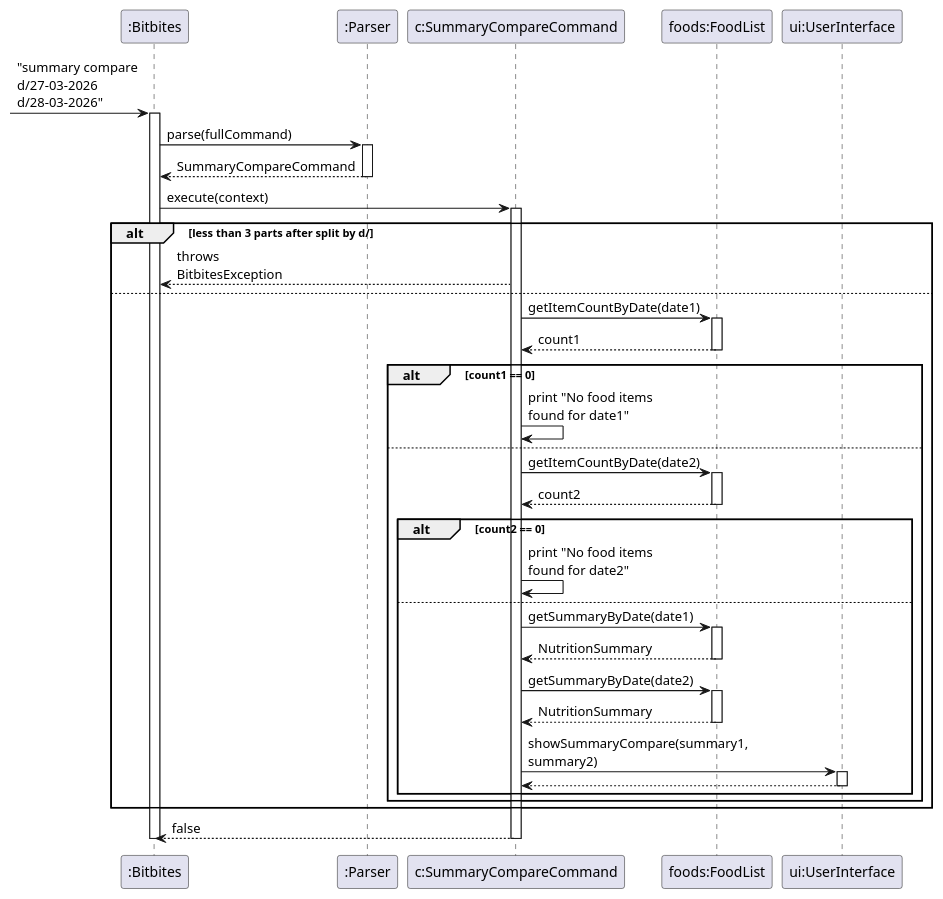
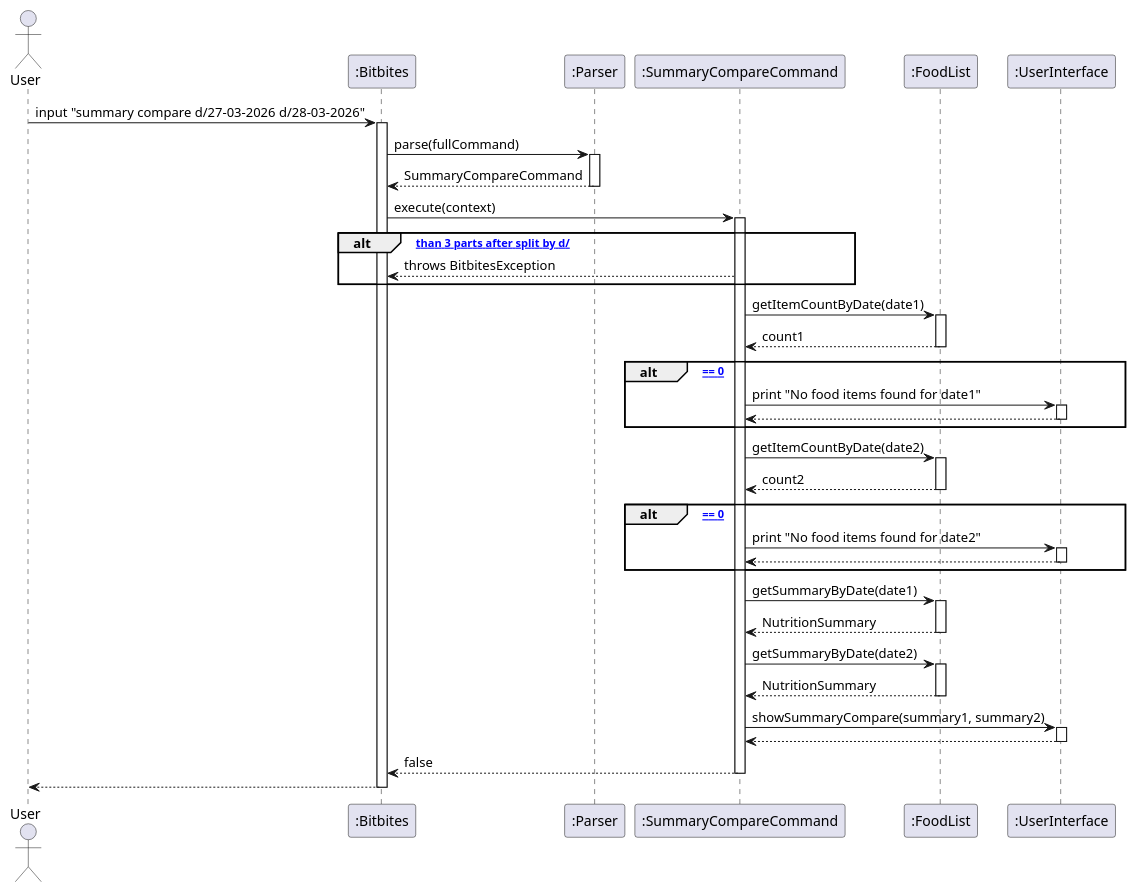
The diagram in docs/uml/summary_compare.puml (bryanyeo3125/tp), drawn with PlantUML before and after one commit. The commit also changed 31 other files, not shown here.

```diff
--- a/docs/uml/summary_compare.puml
+++ b/docs/uml/summary_compare.puml
@@ -1,62 +1,68 @@
-@startuml summary_compare
-skinparam arrowThickness 1.1
-skinparam maxMessageSize 150
-
+@startuml
+actor User
 participant ":Bitbites" as Bitbites
 participant ":Parser" as Parser
-participant "c:SummaryCompareCommand" as Cmd
-participant "foods:FoodList" as FoodList
-participant "ui:UserInterface" as UI
+participant ":SummaryCompareCommand" as SummaryCompareCommand
+participant ":FoodList" as FoodList
+participant ":UserInterface" as UI
 
--> Bitbites : "summary compare d/27-03-2026 d/28-03-2026"
+User -> Bitbites : input "summary compare d/27-03-2026 d/28-03-2026"
 activate Bitbites
 
 Bitbites -> Parser : parse(fullCommand)
 activate Parser
 Parser --> Bitbites : SummaryCompareCommand
 deactivate Parser
 
-Bitbites -> Cmd : execute(context)
-activate Cmd
+Bitbites -> SummaryCompareCommand : execute(context)
+activate SummaryCompareCommand
 
-alt less than 3 parts after split by d/
-    Cmd --> Bitbites : throws BitbitesException
-else
-    Cmd -> FoodList : getItemCountByDate(date1)
-    activate FoodList
-    FoodList --> Cmd : count1
-    deactivate FoodList
-
-    alt count1 == 0
-        Cmd -> Cmd : print "No food items found for date1"
-    else
-        Cmd -> FoodList : getItemCountByDate(date2)
-        activate FoodList
-        FoodList --> Cmd : count2
-        deactivate FoodList
-
-        alt count2 == 0
-            Cmd -> Cmd : print "No food items found for date2"
-        else
-            Cmd -> FoodList : getSummaryByDate(date1)
-            activate FoodList
-            FoodList --> Cmd : NutritionSummary
-            deactivate FoodList
-
-            Cmd -> FoodList : getSummaryByDate(date2)
-            activate FoodList
-            FoodList --> Cmd : NutritionSummary
-            deactivate FoodList
-
-            Cmd -> UI : showSummaryCompare(summary1, summary2)
-            activate UI
-            UI --> Cmd
-            deactivate UI
-        end
-    end
+alt [less than 3 parts after split by d/]
+  SummaryCompareCommand --> Bitbites : throws BitbitesException
 end
 
-Cmd --> Bitbites : false
-deactivate Cmd
+SummaryCompareCommand -> FoodList : getItemCountByDate(date1)
+activate FoodList
+FoodList --> SummaryCompareCommand : count1
+deactivate FoodList
+
+alt [count1 == 0]
+  SummaryCompareCommand -> UI : print "No food items found for date1"
+  activate UI
+  UI --> SummaryCompareCommand
+  deactivate UI
+end
+
+SummaryCompareCommand -> FoodList : getItemCountByDate(date2)
+activate FoodList
+FoodList --> SummaryCompareCommand : count2
+deactivate FoodList
+
+alt [count2 == 0]
+  SummaryCompareCommand -> UI : print "No food items found for date2"
+  activate UI
+  UI --> SummaryCompareCommand
+  deactivate UI
+end
+
+SummaryCompareCommand -> FoodList : getSummaryByDate(date1)
+activate FoodList
+FoodList --> SummaryCompareCommand : NutritionSummary
+deactivate FoodList
+
+SummaryCompareCommand -> FoodList : getSummaryByDate(date2)
+activate FoodList
+FoodList --> SummaryCompareCommand : NutritionSummary
+deactivate FoodList
+
+SummaryCompareCommand -> UI : showSummaryCompare(summary1, summary2)
+activate UI
+UI --> SummaryCompareCommand
+deactivate UI
+
+SummaryCompareCommand --> Bitbites : false
+deactivate SummaryCompareCommand
+
+Bitbites --> User
 deactivate Bitbites
 @enduml
```
